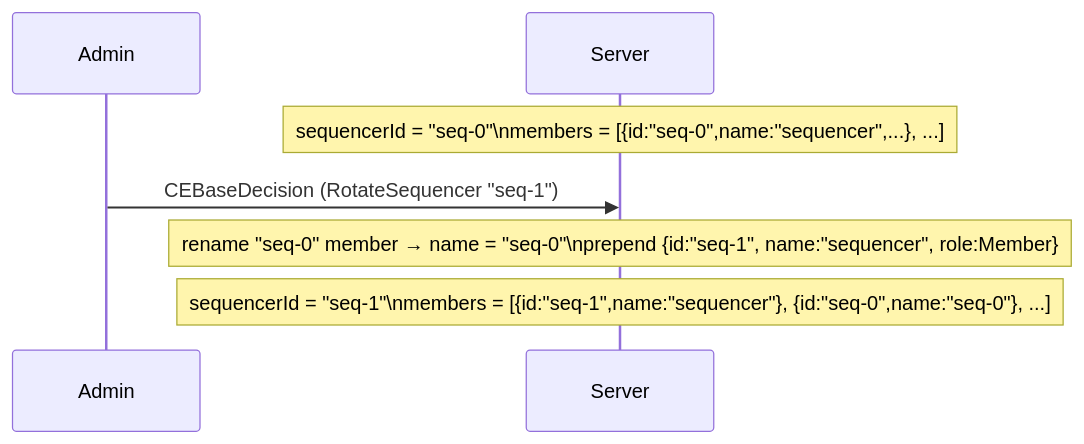
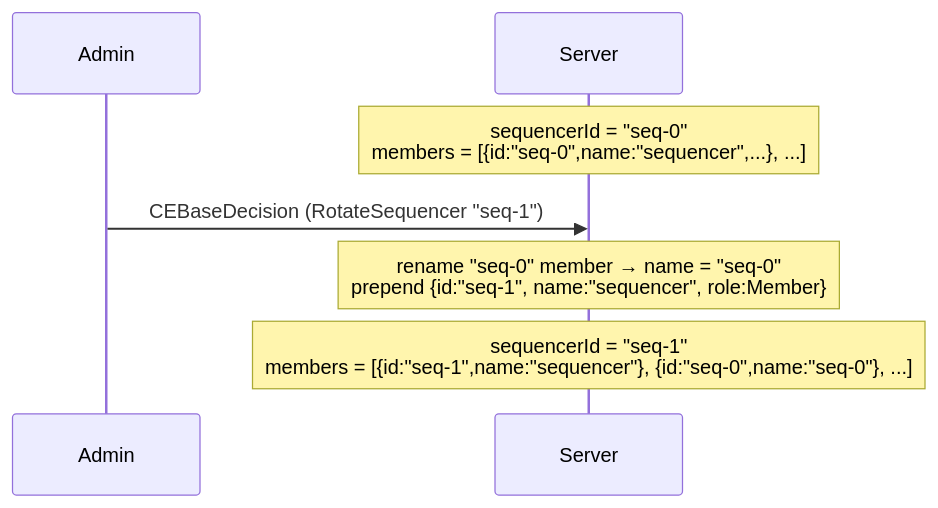
Before and after one commit to paolino/kel-circle: diagram 19 of 20 in docs/docs/architecture.md, drawn with Mermaid. The commit also changed other lines of this file, not shown here.

Commit message:
fix: replace \n with <br/> in mermaid diagram labels

````diff
--- a/docs/docs/architecture.md
+++ b/docs/docs/architecture.md
@@ -562,12 +562,12 @@
 ```mermaid
 sequenceDiagram
     participant Admin
     participant Server
 
-    Note over Server: sequencerId = "seq-0"\nmembers = [{id:"seq-0",name:"sequencer",...}, ...]
+    Note over Server: sequencerId = "seq-0"<br/>members = [{id:"seq-0",name:"sequencer",...}, ...]
 
     Admin->>Server: CEBaseDecision (RotateSequencer "seq-1")
-    Note over Server: rename "seq-0" member → name = "seq-0"\nprepend {id:"seq-1", name:"sequencer", role:Member}
+    Note over Server: rename "seq-0" member → name = "seq-0"<br/>prepend {id:"seq-1", name:"sequencer", role:Member}
 
-    Note over Server: sequencerId = "seq-1"\nmembers = [{id:"seq-1",name:"sequencer"}, {id:"seq-0",name:"seq-0"}, ...]
+    Note over Server: sequencerId = "seq-1"<br/>members = [{id:"seq-1",name:"sequencer"}, {id:"seq-0",name:"seq-0"}, ...]
 ```
````
